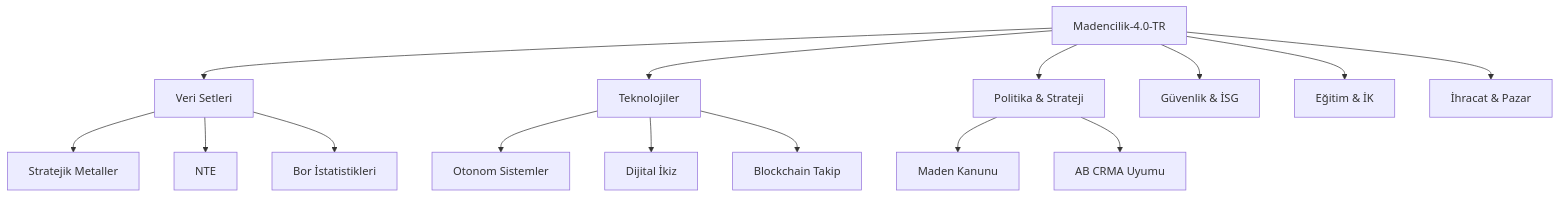
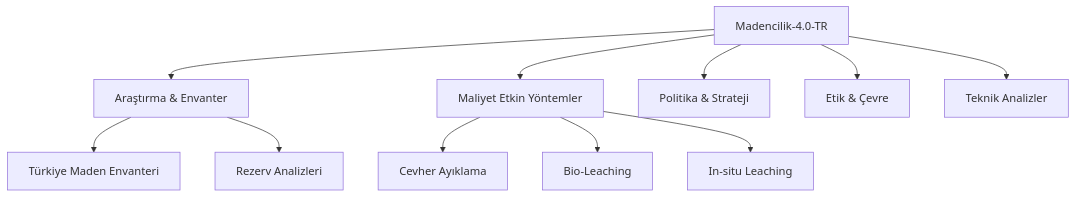
The diagram in README.md (arch-yunus/turkiye-maden-vizyonu-ve-strateji-kulliyati), drawn with Mermaid before and after one commit. The commit also changed other lines of this file and 2 other files, not shown here.

````diff
--- a/README.md
+++ b/README.md
@@ -46,20 +30,15 @@
 ```mermaid
 graph TD
-    Root[Madencilik-4.0-TR] --> V[Veri Setleri]
-    Root --> T[Teknolojiler]
-    Root --> P[Politika & Strateji]
-    Root --> G[Güvenlik & İSG]
-    Root --> E[Eğitim & İK]
-    Root --> I[İhracat & Pazar]
+    Root[Madencilik-4.0-TR] --> AR[Araştırma & Envanter]
+    Root --> ME[Maliyet Etkin Yöntemler]
+    Root --> PS[Politika & Strateji]
+    Root --> EC[Etik & Çevre]
+    Root --> TA[Teknik Analizler]
     
-    V --> V1[Stratejik Metaller]
-    V --> V2[NTE]
-    V --> V3[Bor İstatistikleri]
+    AR --> AR1[Türkiye Maden Envanteri]
+    AR --> AR2[Rezerv Analizleri]
     
-    T --> T1[Otonom Sistemler]
-    T --> T2[Dijital İkiz]
-    T --> T3[Blockchain Takip]
-    
-    P --> P1[Maden Kanunu]
-    P --> P2[AB CRMA Uyumu]
+    ME --> ME1[Cevher Ayıklama]
+    ME --> ME2[Bio-Leaching]
+    ME --> ME3[In-situ Leaching]
 ```
````
